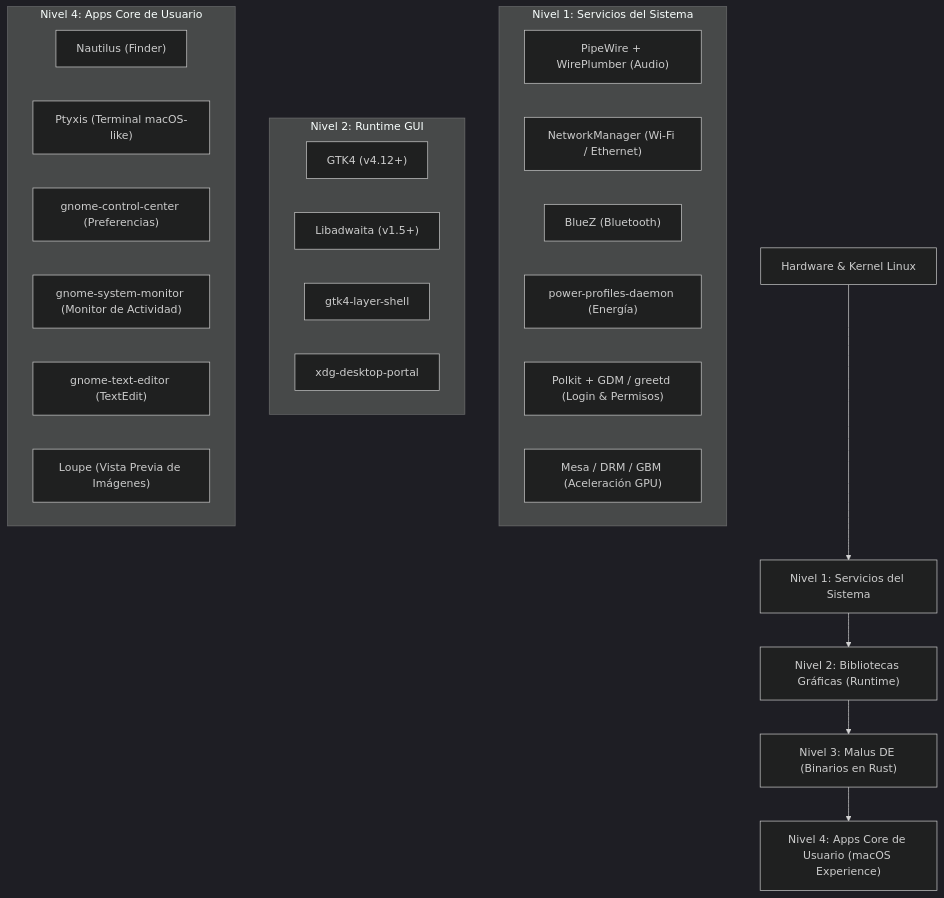
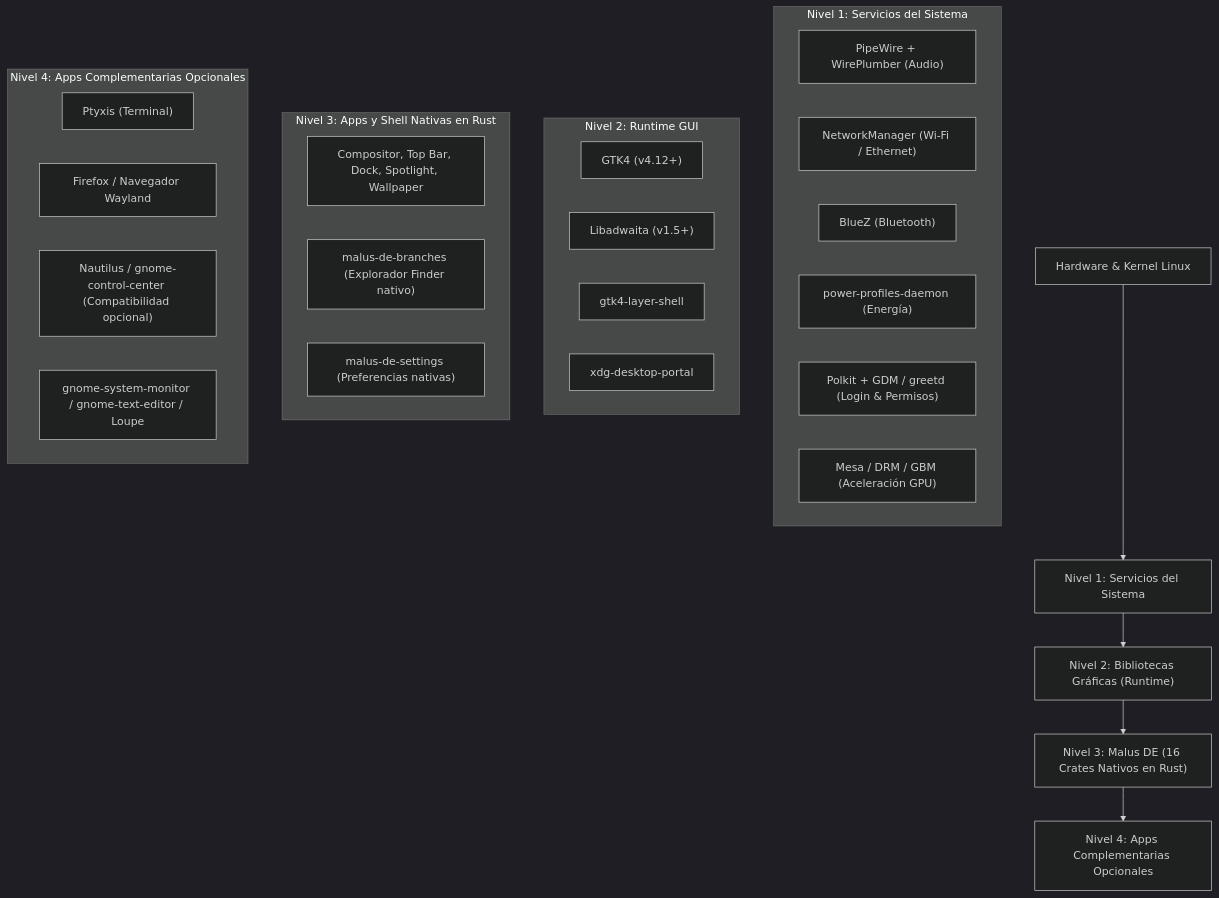
Before and after one commit to chanovera-developer/malus-de: the diagram in docs/PACKAGE_MANIFEST.md, drawn with Mermaid (dark theme). The commit also changed other lines of this file and 6 other files, not shown here.

Commit message:
docs: synchronize PRDs, README, and guides with current 16-crate architecture

````diff
--- a/docs/PACKAGE_MANIFEST.md
+++ b/docs/PACKAGE_MANIFEST.md
@@ -15,32 +15,36 @@
 ```mermaid
 flowchart TD
     A["Hardware & Kernel Linux"] --> B["Nivel 1: Servicios del Sistema"]
     B --> C["Nivel 2: Bibliotecas Gráficas (Runtime)"]
-    C --> D["Nivel 3: Malus DE (Binarios en Rust)"]
-    D --> E["Nivel 4: Apps Core de Usuario (macOS Experience)"]
+    C --> D["Nivel 3: Malus DE (16 Crates Nativos en Rust)"]
+    D --> E["Nivel 4: Apps Complementarias Opcionales"]
 
     subgraph "Nivel 1: Servicios del Sistema"
         B1["PipeWire + WirePlumber (Audio)"]
         B2["NetworkManager (Wi-Fi / Ethernet)"]
         B3["BlueZ (Bluetooth)"]
         B4["power-profiles-daemon (Energía)"]
         B5["Polkit + GDM / greetd (Login & Permisos)"]
         B6["Mesa / DRM / GBM (Aceleración GPU)"]
     end
 
     subgraph "Nivel 2: Runtime GUI"
         C1["GTK4 (v4.12+)"]
         C2["Libadwaita (v1.5+)"]
         C3["gtk4-layer-shell"]
         C4["xdg-desktop-portal"]
     end
 
-    subgraph "Nivel 4: Apps Core de Usuario"
-        E1["Nautilus (Finder)"]
-        E2["Ptyxis (Terminal macOS-like)"]
-        E3["gnome-control-center (Preferencias)"]
-        E4["gnome-system-monitor (Monitor de Actividad)"]
-        E5["gnome-text-editor (TextEdit)"]
-        E6["Loupe (Vista Previa de Imágenes)"]
+    subgraph "Nivel 3: Apps y Shell Nativas en Rust"
+        D1["Compositor, Top Bar, Dock, Spotlight, Wallpaper"]
+        D2["malus-de-branches (Explorador Finder nativo)"]
+        D3["malus-de-settings (Preferencias nativas)"]
+    end
+
+    subgraph "Nivel 4: Apps Complementarias Opcionales"
+        E1["Ptyxis (Terminal)"]
+        E2["Firefox / Navegador Wayland"]
+        E3["Nautilus / gnome-control-center (Compatibilidad opcional)"]
+        E4["gnome-system-monitor / gnome-text-editor / Loupe"]
     end
 ```
````
